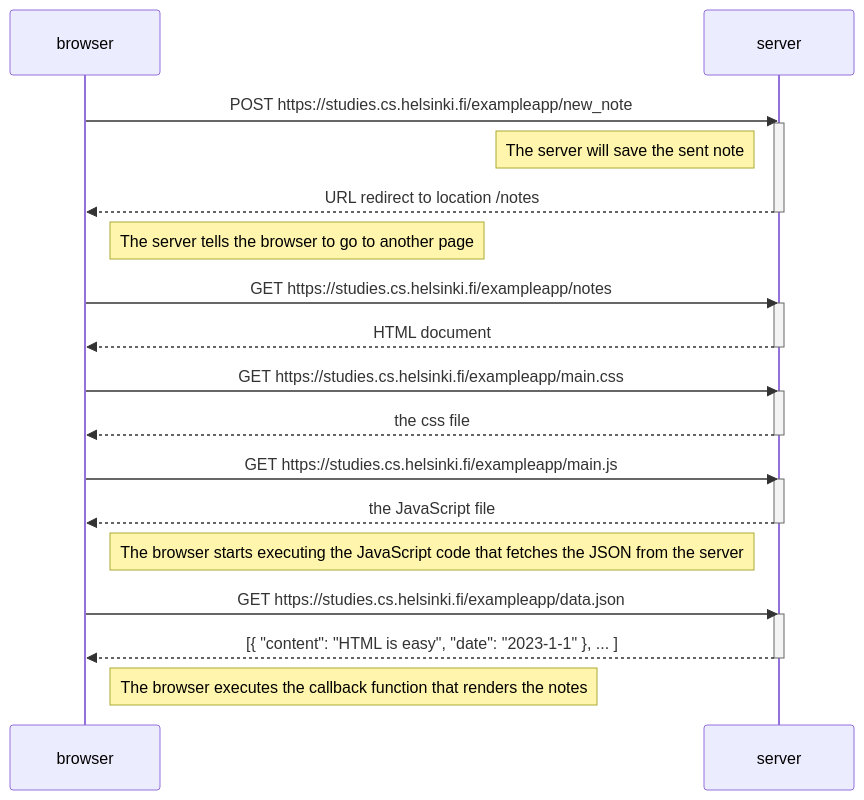
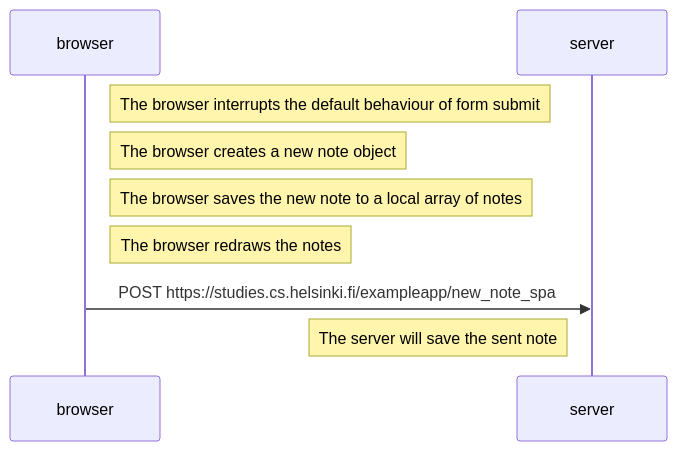
The diagram in part0/exercise04.md (chmromano/fullStackOpen), drawn with Mermaid before and after one commit. The commit also changed 1 other file, not shown here.

Commit message:
[Issue] #1, Complete part 0 of the course
Completed exercise 0.6.

````diff
--- a/part0/exercise04.md
+++ b/part0/exercise04.md
@@ -1,39 +1,19 @@
 ```mermaid
 
 sequenceDiagram
 participant browser
 participant server
 
-    browser->>server: POST https://studies.cs.helsinki.fi/exampleapp/new_note
-    activate server
+    Note right of browser: The browser interrupts the default behaviour of form submit
+
+    Note right of browser: The browser creates a new note object
+
+    Note right of browser: The browser saves the new note to a local array of notes
+
+    Note right of browser: The browser redraws the notes
+
+    browser->>server: POST https://studies.cs.helsinki.fi/exampleapp/new_note_spa
+
     Note left of server: The server will save the sent note
-    server-->>browser: URL redirect to location /notes
-    deactivate server
-
-    Note right of browser: The server tells the browser to go to another page
-
-    browser->>server: GET https://studies.cs.helsinki.fi/exampleapp/notes
-    activate server
-    server-->>browser: HTML document
-    deactivate server
-
-    browser->>server: GET https://studies.cs.helsinki.fi/exampleapp/main.css
-    activate server
-    server-->>browser: the css file
-    deactivate server
-
-    browser->>server: GET https://studies.cs.helsinki.fi/exampleapp/main.js
-    activate server
-    server-->>browser: the JavaScript file
-    deactivate server
-
-    Note right of browser: The browser starts executing the JavaScript code that fetches the JSON from the server
-
-    browser->>server: GET https://studies.cs.helsinki.fi/exampleapp/data.json
-    activate server
-    server-->>browser: [{ "content": "HTML is easy", "date": "2023-1-1" }, ... ]
-    deactivate server
-
-    Note right of browser: The browser executes the callback function that renders the notes
 
 ```
````
